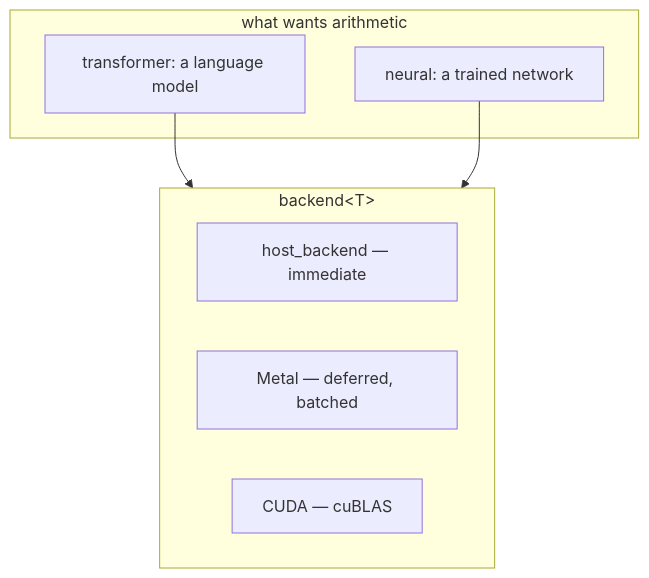
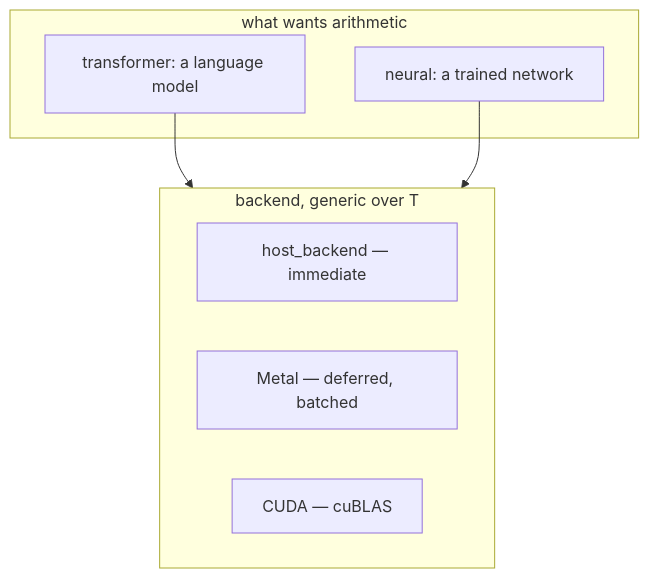
One commit to xoloki/jlib changed the first of 2 diagrams in docs/ai.md. Above: the diagram before and after it, drawn with Mermaid. The commit also changed other lines of this file and 3 other files, not shown here.

Commit message:
docs: the semicolons that stopped two diagrams rendering, and a check for them

````diff
--- a/docs/ai.md
+++ b/docs/ai.md
@@ -21,14 +21,14 @@
 ```mermaid
 flowchart TB
     subgraph up["what wants arithmetic"]
         tr["transformer: a language model"]
         nn["neural: a trained network"]
     end
-    subgraph be["backend&lt;T&gt;"]
+    subgraph be["backend, generic over T"]
         host["host_backend — immediate"]
         metal["Metal — deferred, batched"]
         cuda["CUDA — cuBLAS"]
     end
     tr --> be
     nn --> be
 ```
````
